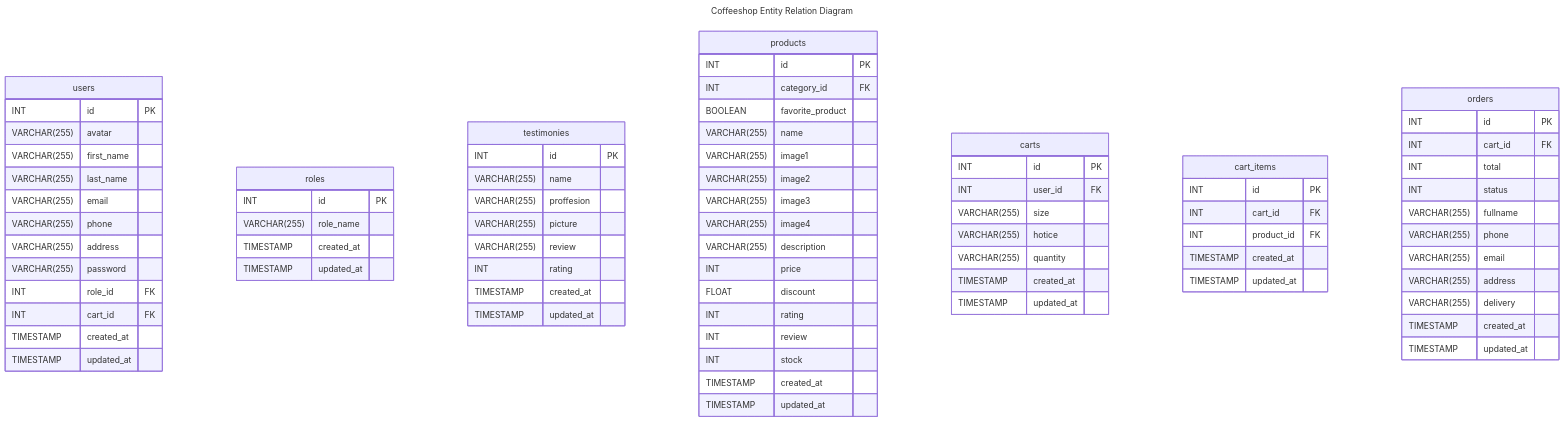
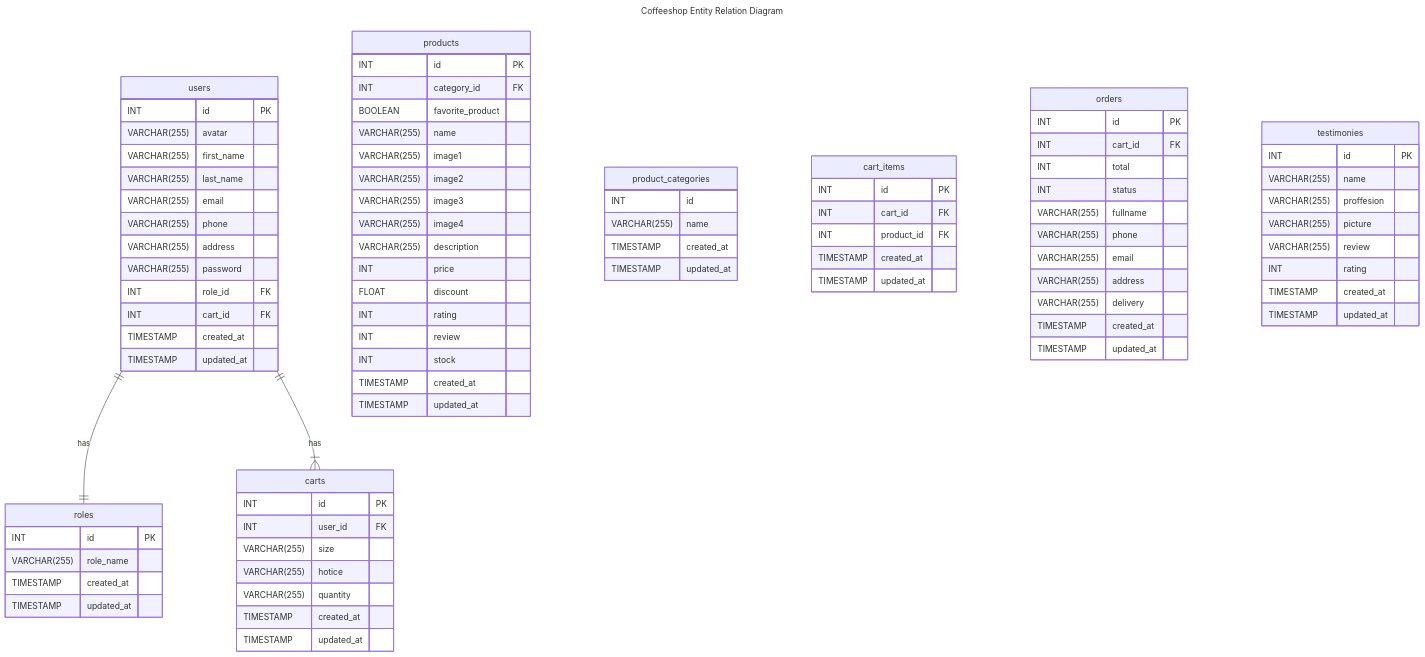
The diagram in readme.md (rezafauzan/koda-b6-db), drawn with Mermaid before and after one commit.

Commit message:
Feat: add users entity relations

````diff
--- a/readme.md
+++ b/readme.md
@@ -27,17 +27,6 @@
         TIMESTAMP updated_at
     }
 
-    testimonies {
-        INT id PK
-        VARCHAR(255) name
-        VARCHAR(255) proffesion
-        VARCHAR(255) picture
-        VARCHAR(255) review
-        INT rating
-        TIMESTAMP created_at
-        TIMESTAMP updated_at
-    }
-    
     products {
         INT id PK
         INT category_id FK
@@ -53,6 +42,13 @@
         INT rating
         INT review
         INT stock
+        TIMESTAMP created_at
+        TIMESTAMP updated_at
+    }
+
+    product_categories {
+        INT id
+        VARCHAR(255) name
         TIMESTAMP created_at
         TIMESTAMP updated_at
     }
@@ -88,4 +84,18 @@
         TIMESTAMP created_at
         TIMESTAMP updated_at
     }
+
+        testimonies {
+        INT id PK
+        VARCHAR(255) name
+        VARCHAR(255) proffesion
+        VARCHAR(255) picture
+        VARCHAR(255) review
+        INT rating
+        TIMESTAMP created_at
+        TIMESTAMP updated_at
+    }
+
+    users only one to only one roles : has
+    users only one to one or more carts : has
 ```
````
